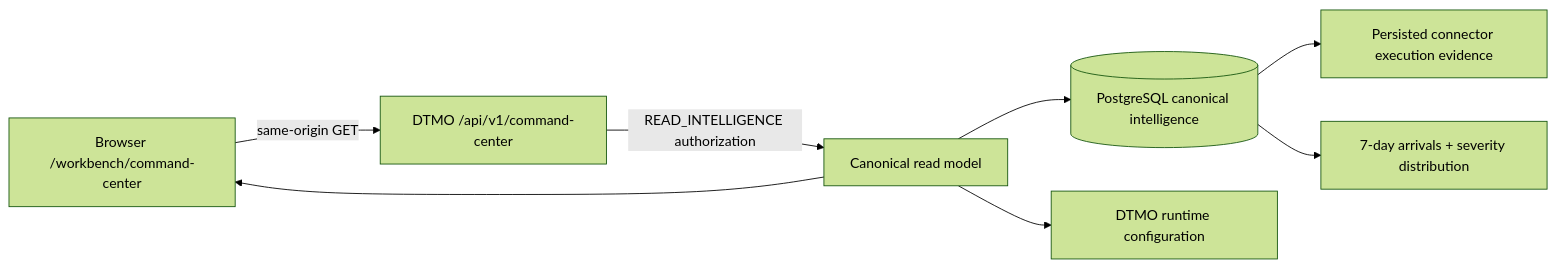
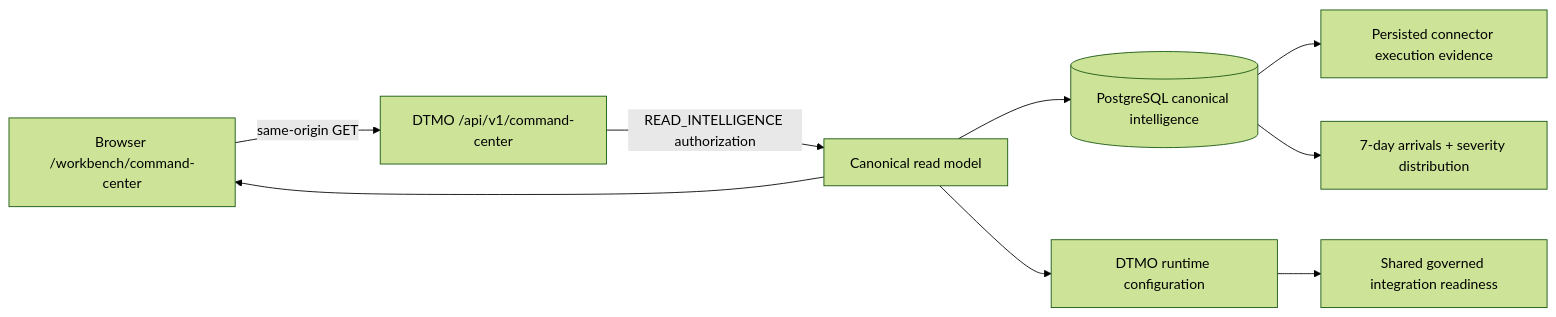
Before and after one commit to GJvManen/dtmo: the diagram in docs/architecture/PHASE11_10C_COMMAND_CENTER.md, drawn with Mermaid (forest theme). The commit also changed other lines of this file and 10 other files, not shown here.

Commit message:
fix(phase11.10q): align command center integration readiness

````diff
--- a/docs/architecture/PHASE11_10C_COMMAND_CENTER.md
+++ b/docs/architecture/PHASE11_10C_COMMAND_CENTER.md
@@ -15,10 +15,11 @@
 ```mermaid
 flowchart LR
     B[Browser /workbench/command-center] -->|same-origin GET| A[DTMO /api/v1/command-center]
     A -->|READ_INTELLIGENCE authorization| R[Canonical read model]
     R --> D[(PostgreSQL canonical intelligence)]
     R --> C[DTMO runtime configuration]
+    C --> Q[Shared governed integration readiness]
     D --> E[Persisted connector execution evidence]
     D --> T[7-day arrivals + severity distribution]
     R --> B
 ```
````
